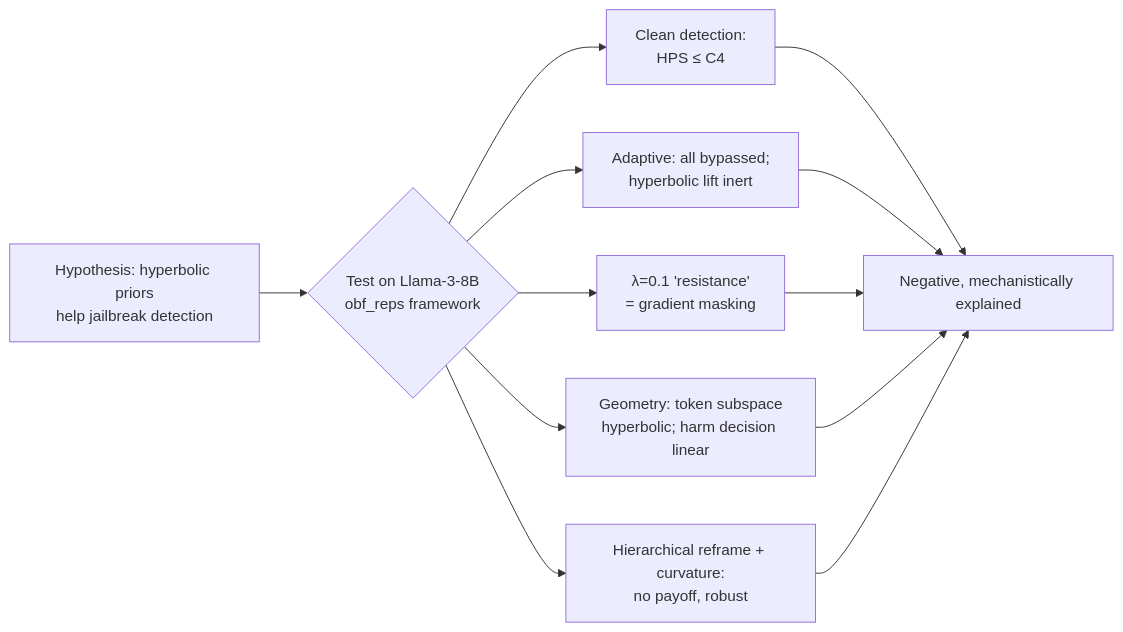
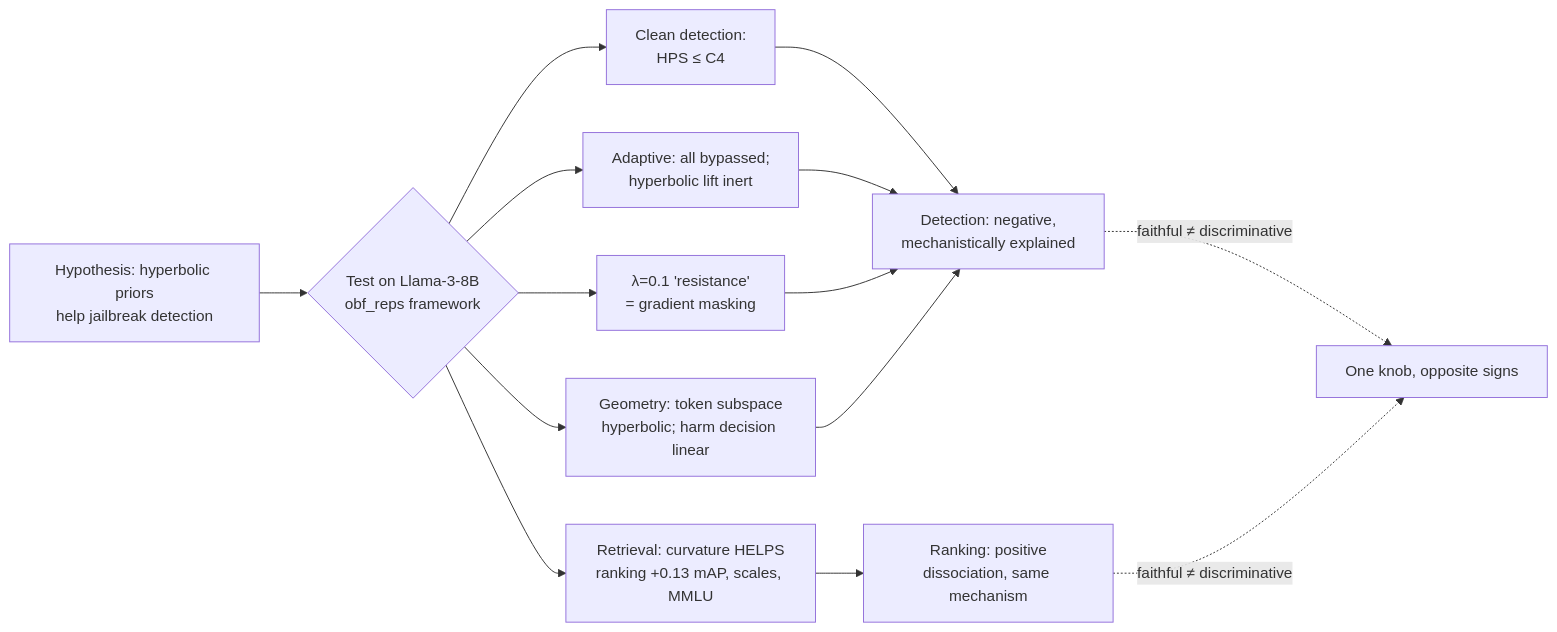
The first of 3 diagrams in markdowns/hps_preprint.md (Mtehabsim/hps), drawn with Mermaid before and after one commit. The commit also changed other lines of this file and 1808 other files, not shown here.

````diff
--- a/markdowns/hps_preprint.md
+++ b/markdowns/hps_preprint.md
@@ -34,10 +37,12 @@
 ```mermaid
 flowchart LR
     H[Hypothesis: hyperbolic priors\nhelp jailbreak detection] --> C{Test on Llama-3-8B\n obf_reps framework}
     C --> R1[Clean detection:\nHPS ≤ C4]
     C --> R2[Adaptive: all bypassed;\nhyperbolic lift inert]
     C --> R3[λ=0.1 'resistance'\n= gradient masking]
     C --> R4[Geometry: token subspace\nhyperbolic; harm decision linear]
-    C --> R5[Hierarchical reframe + curvature:\nno payoff, robust]
-    R1 & R2 & R3 & R4 & R5 --> N[Negative, mechanistically explained]
+    C --> R5[Retrieval: curvature HELPS\nranking +0.13 mAP, scales, MMLU]
+    R1 & R2 & R3 & R4 --> N[Detection: negative,\nmechanistically explained]
+    R5 --> P[Ranking: positive\ndissociation, same mechanism]
+    N & P -. faithful ≠ discriminative .-> M[One knob, opposite signs]
 ```
````
